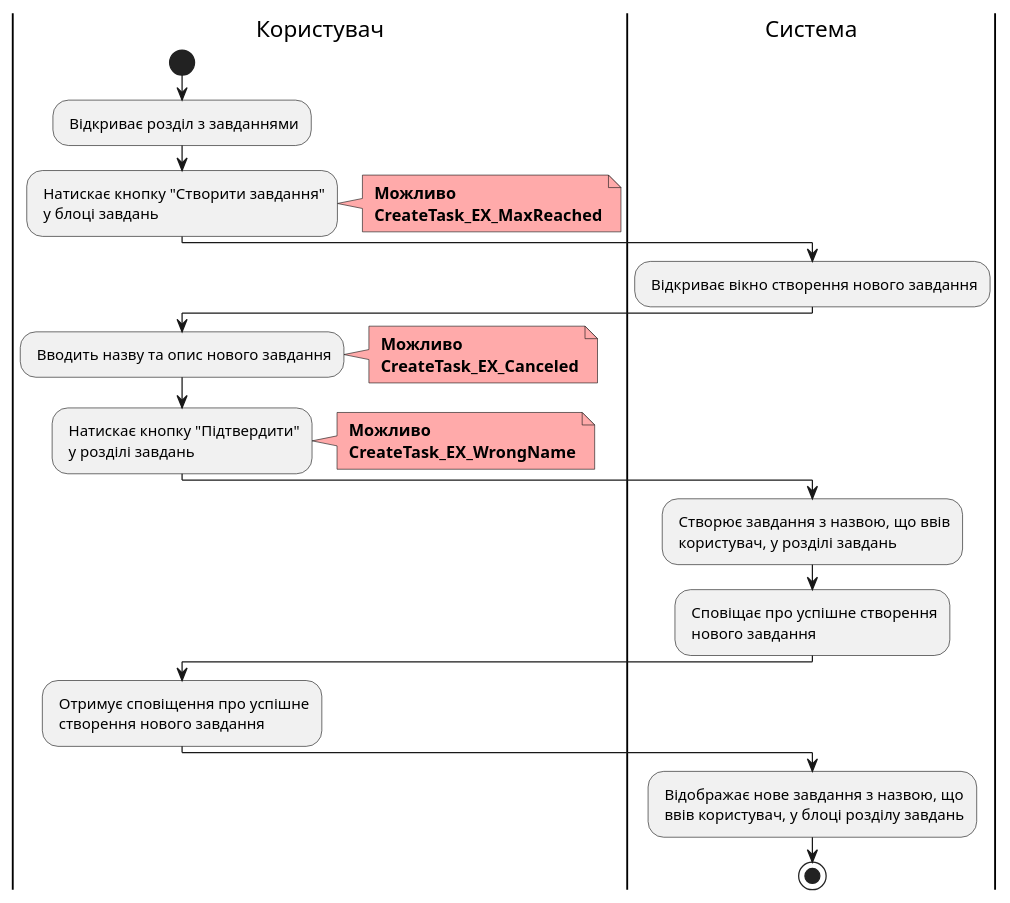
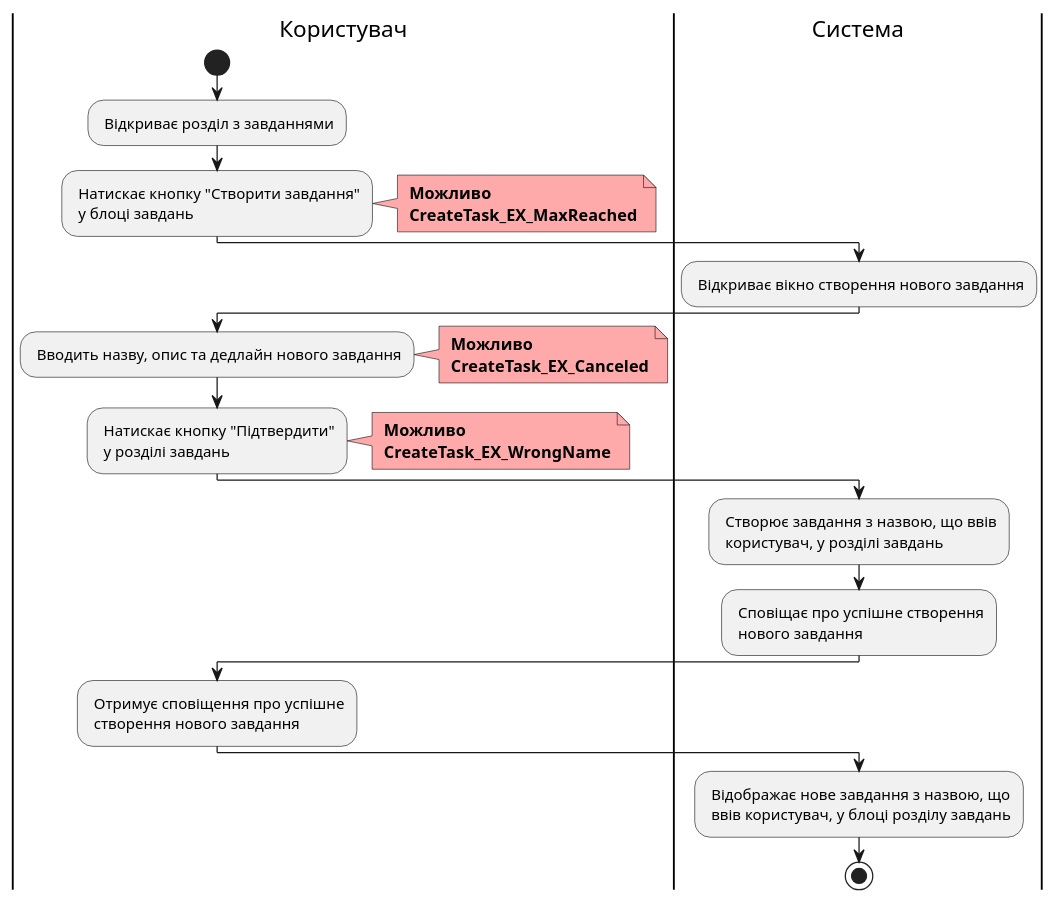
One commit to boldak/edu-db-cw changed diagram 12 of 22 in docs/use cases/README.md. Above: the diagram before and after it, drawn with PlantUML. The commit also changed other lines of this file and 1 other file, not shown here.

Commit message:
fixed usecases for task

```diff
--- a/docs/use cases/README.md
+++ b/docs/use cases/README.md
@@ -773,44 +773,44 @@
 @startuml
 
     |Користувач|
     start
     : Відкриває розділ з завданнями;
 
     |Користувач|
     : Натискає кнопку "Створити завдання"\n у блоці завдань;
     note right #ffaaaa
     <b> Можливо
     <b> CreateTask_EX_MaxReached
     end note
     
     |Система|
     : Відкриває вікно створення нового завдання;
     
     |Користувач|
-    : Вводить назву та опис нового завдання;
+    : Вводить назву, опис та дедлайн нового завдання;
     note right #ffaaaa
     <b> Можливо
     <b> CreateTask_EX_Canceled
     end note 
         
     |Користувач|
     : Натискає кнопку "Підтвердити"\n у розділі завдань;
     note right #ffaaaa
     <b> Можливо
     <b> CreateTask_EX_WrongName
     end note
     
     |Система|
     : Створює завдання з назвою, що ввів\n користувач, у розділі завдань;
     
     |Система|
     : Сповіщає про успішне створення\n нового завдання;
     
     |Користувач|
     : Отримує сповіщення про успішне\n створення нового завдання;
     
     |Система|
     : Відображає нове завдання з назвою, що\n ввів користувач, у блоці розділу завдань;
     stop;
 
 @enduml
```
